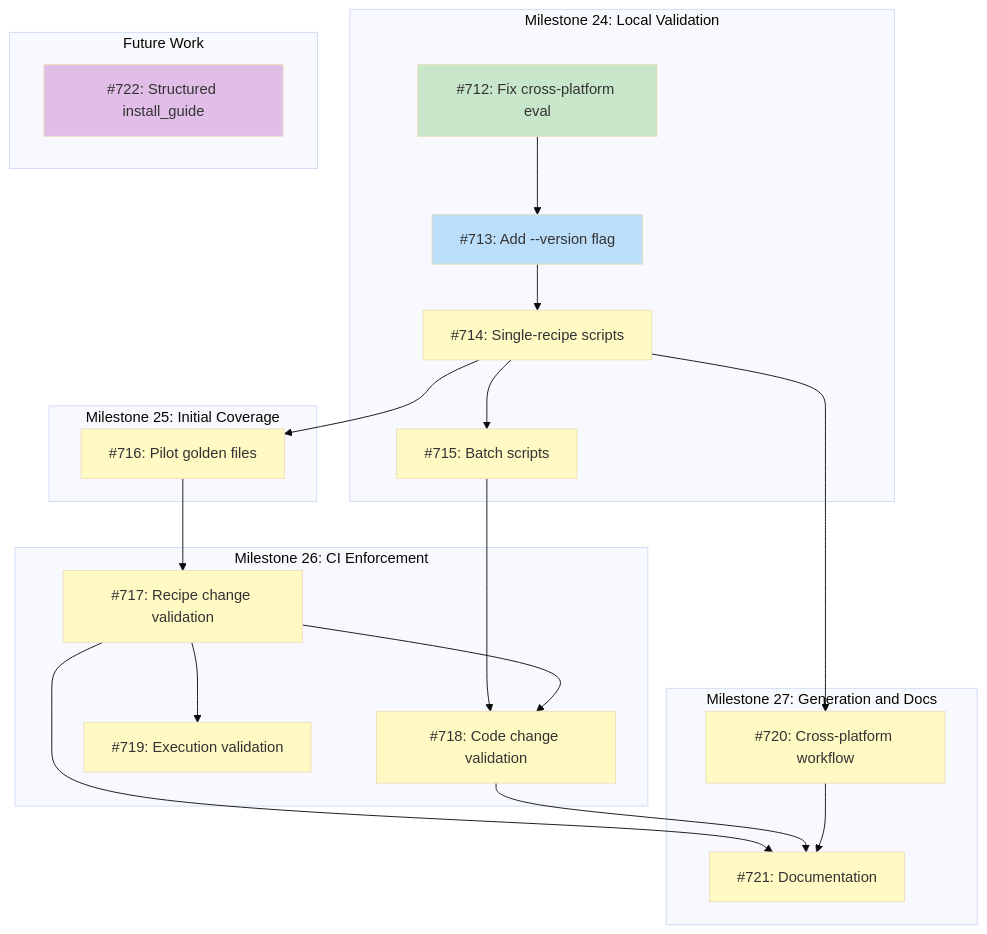
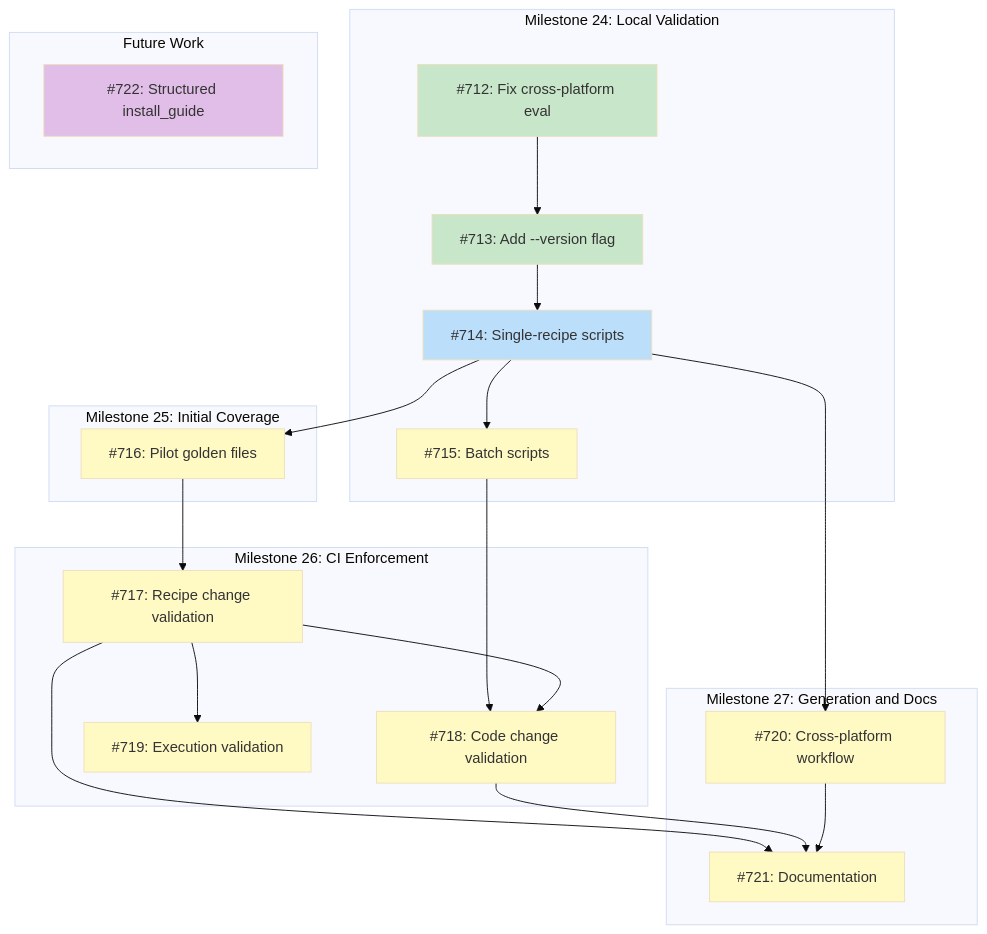
The diagram in docs/DESIGN-golden-plan-testing.md (tsukumogami/tsuku), drawn with Mermaid (base theme) before and after one commit. The commit also changed 1 other file, not shown here.

Commit message:
feat(eval): add --version flag for recipe mode (#727)
Add a `--version` flag to tsuku eval that works with --recipe mode to
specify the version when generating plans from local recipe files.
This enables golden file generation at pinned versions for reproducible
plan comparison.

The flag requires `--recipe` to be specified; using --version alone with
a registry tool name produces an error (registry mode uses the
`@version`
syntax instead).

````diff
--- a/docs/DESIGN-golden-plan-testing.md
+++ b/docs/DESIGN-golden-plan-testing.md
@@ -47,51 +47,51 @@
 ```mermaid
 graph TD
     subgraph M24["Milestone 24: Local Validation"]
         I712["#712: Fix cross-platform eval"]
         I713["#713: Add --version flag"]
         I714["#714: Single-recipe scripts"]
         I715["#715: Batch scripts"]
     end
 
     subgraph M25["Milestone 25: Initial Coverage"]
         I716["#716: Pilot golden files"]
     end
 
     subgraph M26["Milestone 26: CI Enforcement"]
         I717["#717: Recipe change validation"]
         I718["#718: Code change validation"]
         I719["#719: Execution validation"]
     end
 
     subgraph M27["Milestone 27: Generation and Docs"]
         I720["#720: Cross-platform workflow"]
         I721["#721: Documentation"]
     end
 
     subgraph Future["Future Work"]
         I722["#722: Structured install_guide"]
     end
 
     I712 --> I713
     I713 --> I714
     I714 --> I715
     I714 --> I716
     I714 --> I720
     I716 --> I717
     I715 --> I718
     I717 --> I718
     I717 --> I719
     I717 --> I721
     I718 --> I721
     I720 --> I721
 
     classDef done fill:#c8e6c9
     classDef ready fill:#bbdefb
     classDef blocked fill:#fff9c4
     classDef needsDesign fill:#e1bee7
 
-    class I712 done
-    class I713 ready
-    class I714,I715,I716,I717,I718,I719,I720,I721 blocked
+    class I712,I713 done
+    class I714 ready
+    class I715,I716,I717,I718,I719,I720,I721 blocked
     class I722 needsDesign
 ```
````
